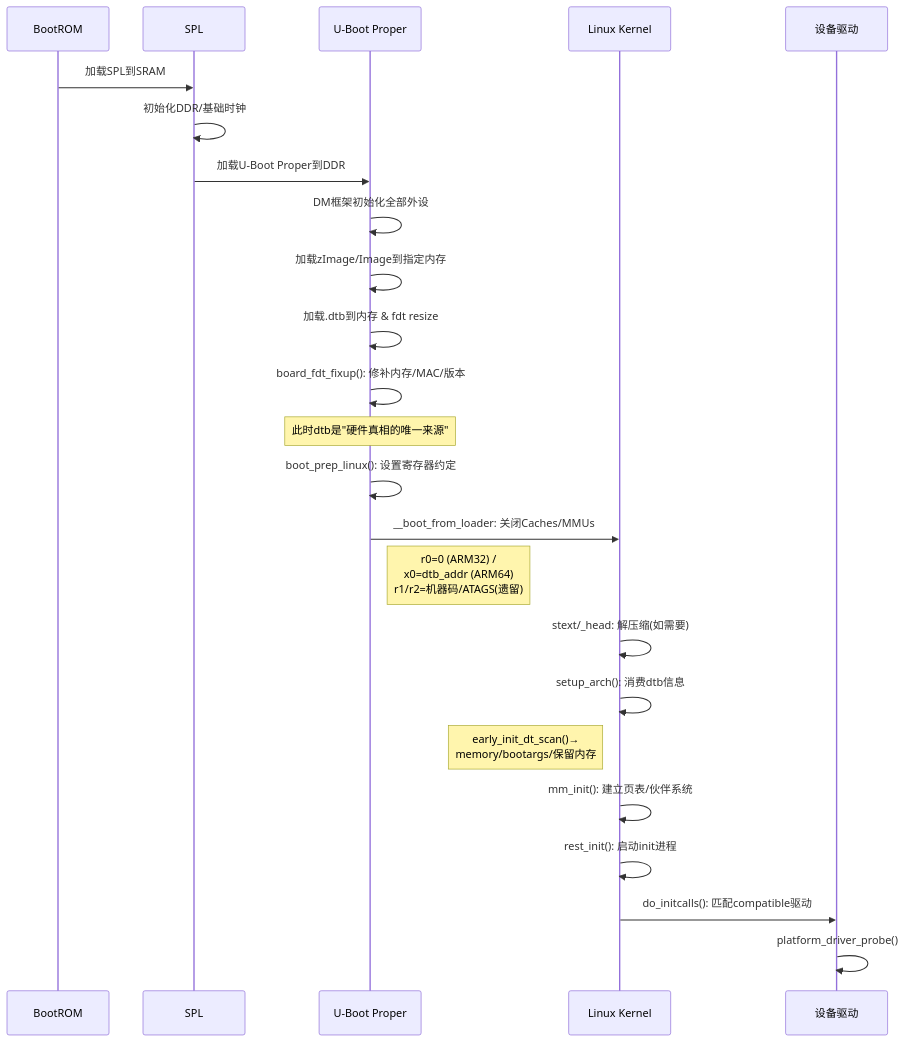
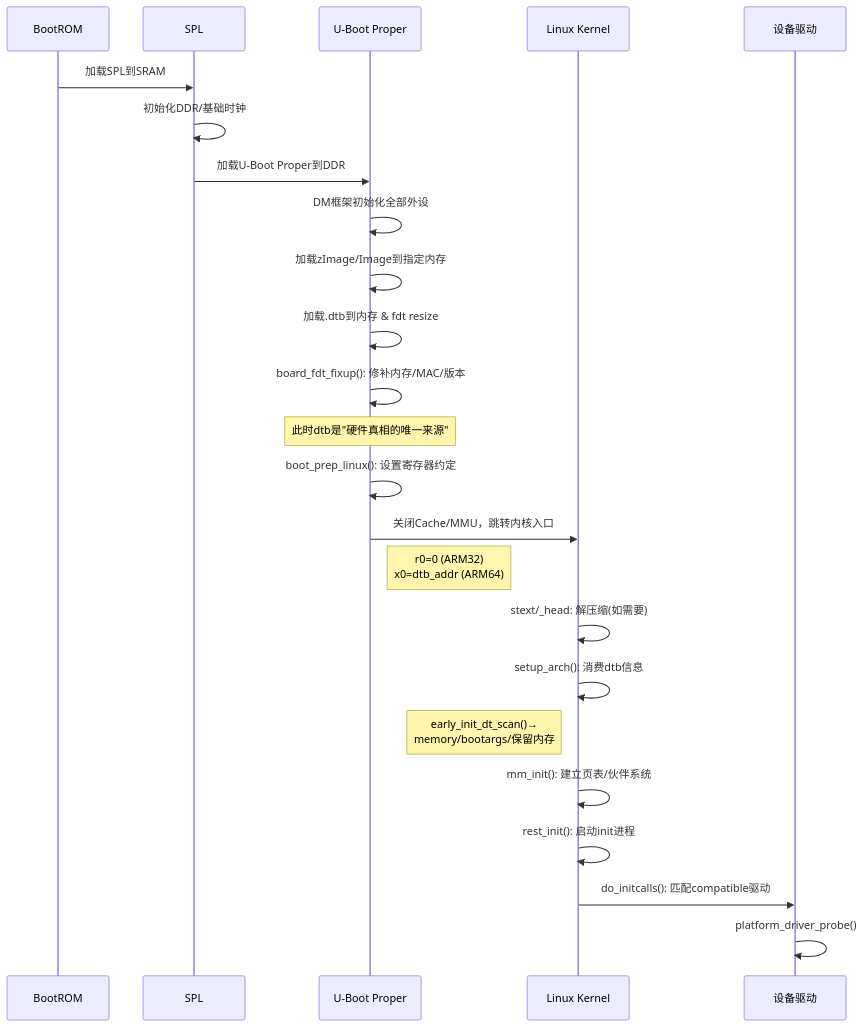
One commit to xiaohong0925/Embedded_Knowledge_System_V2026 changed the diagram in docs/02-核心机制深度解析/第7章 启动链深度解析/7.4.3_U-Boot与内核的双边协作机制.md. Above: the diagram before and after it, drawn with Mermaid. The commit also changed other lines of this file and 20 other files, not shown here.

````diff
--- a/docs/02-核心机制深度解析/第7章 启动链深度解析/7.4.3_U-Boot与内核的双边协作机制.md
+++ b/docs/02-核心机制深度解析/第7章 启动链深度解析/7.4.3_U-Boot与内核的双边协作机制.md
@@ -44,27 +40,27 @@
 ```mermaid
 sequenceDiagram
     participant BR as BootROM
     participant SPL as SPL
     participant UB as U-Boot Proper
     participant KL as Linux Kernel
     participant DR as 设备驱动
 
     BR->>SPL: 加载SPL到SRAM
     SPL->>SPL: 初始化DDR/基础时钟
     SPL->>UB: 加载U-Boot Proper到DDR
     UB->>UB: DM框架初始化全部外设
     UB->>UB: 加载zImage/Image到指定内存
     UB->>UB: 加载.dtb到内存 & fdt resize
     UB->>UB: board_fdt_fixup(): 修补内存/MAC/版本
     Note over UB: 此时dtb是"硬件真相的唯一来源"
     UB->>UB: boot_prep_linux(): 设置寄存器约定
-    UB->>KL: __boot_from_loader: 关闭Caches/MMUs
-    Note right of UB: r0=0 (ARM32) / <br>x0=dtb_addr (ARM64)<br>r1/r2=机器码/ATAGS(遗留)
+    UB->>KL: 关闭Cache/MMU，跳转内核入口
+    Note right of UB: r0=0 (ARM32)<br>x0=dtb_addr (ARM64)
     KL->>KL: stext/_head: 解压缩(如需要)
     KL->>KL: setup_arch(): 消费dtb信息
     Note left of KL: early_init_dt_scan()→<br>memory/bootargs/保留内存
     KL->>KL: mm_init(): 建立页表/伙伴系统
     KL->>KL: rest_init(): 启动init进程
     KL->>DR: do_initcalls(): 匹配compatible驱动
     DR->>DR: platform_driver_probe()
 ```
````
